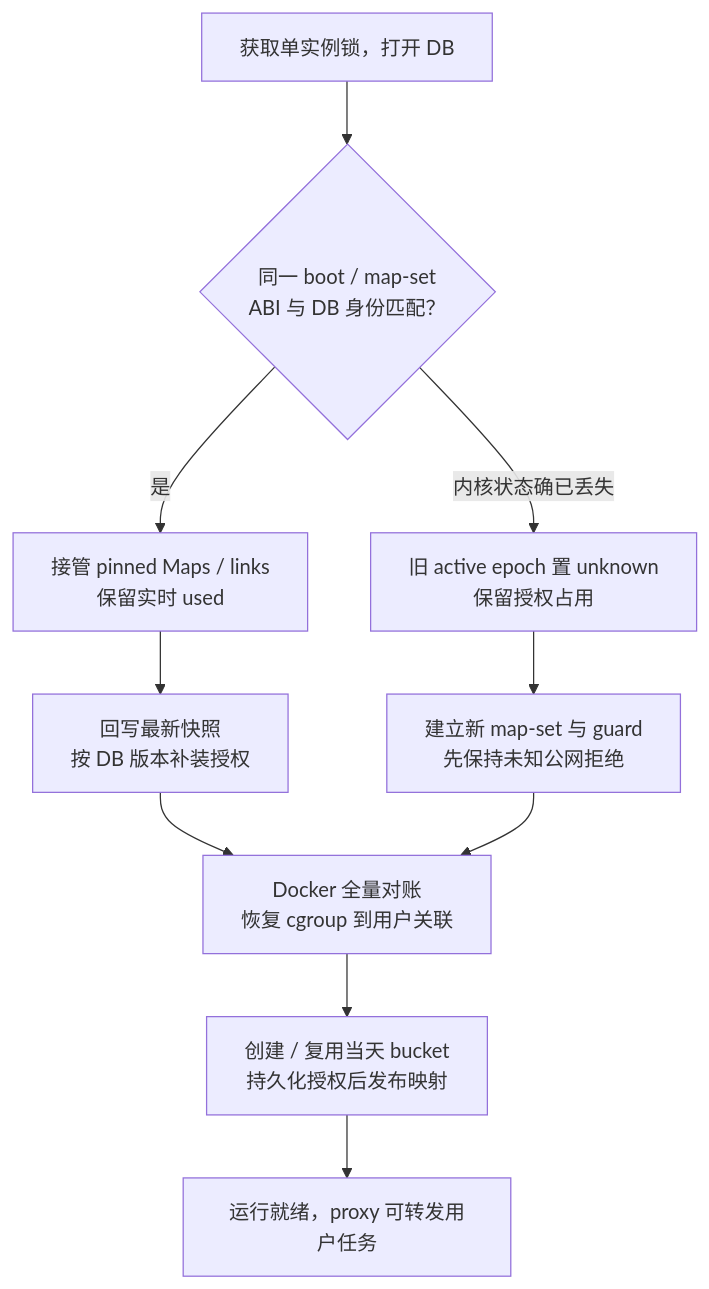
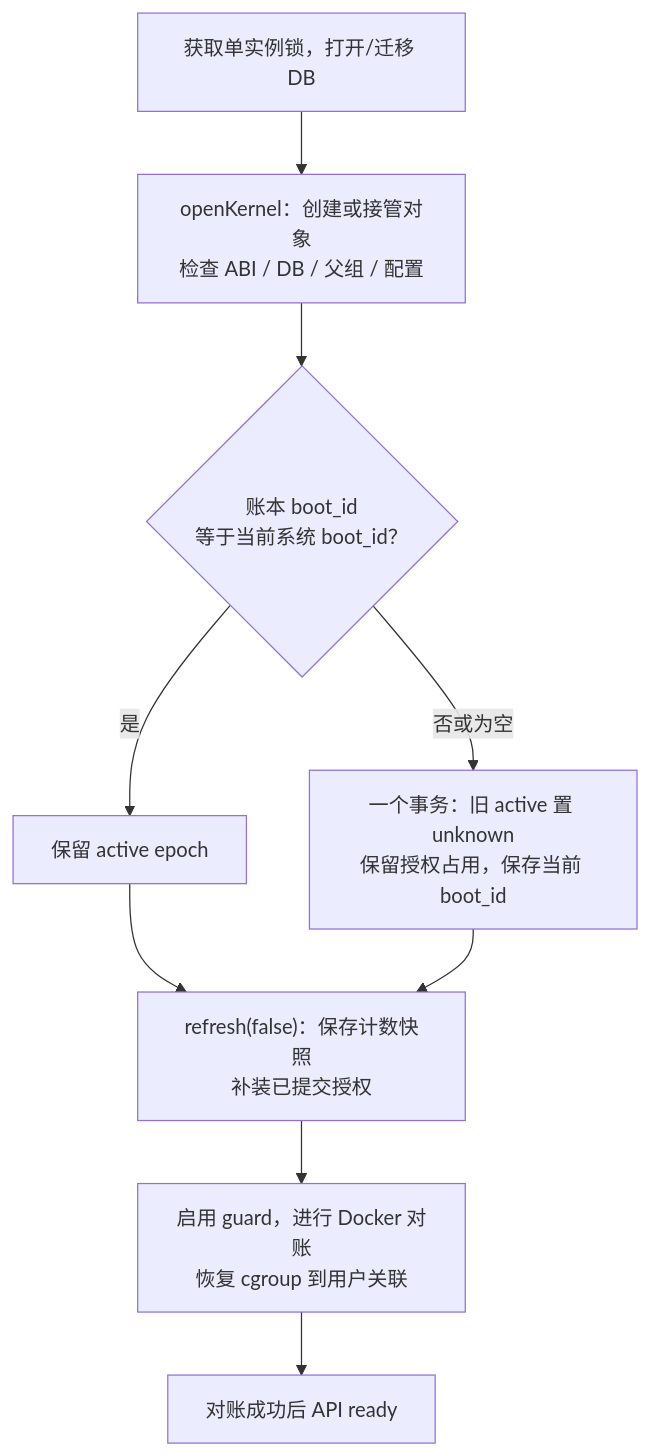
The fourth of 4 diagrams in docs/laxcode-manager-network-quota-design.md (mikellxy/laxcode), drawn with Mermaid before and after one commit. The commit also changed other lines of this file and 39 other files, not shown here.

````diff
--- a/docs/laxcode-manager-network-quota-design.md
+++ b/docs/laxcode-manager-network-quota-design.md
@@ -371,12 +380,11 @@
 ```mermaid
 flowchart TB
-    A["获取单实例锁，打开 DB"] --> B{"同一 boot / map-set<br/>ABI 与 DB 身份匹配？"}
-    B -->|"是"| C["接管 pinned Maps / links<br/>保留实时 used"]
-    C --> D["回写最新快照<br/>按 DB 版本补装授权"]
-    B -->|"内核状态确已丢失"| E["旧 active epoch 置 unknown<br/>保留授权占用"]
-    E --> F["建立新 map-set 与 guard<br/>先保持未知公网拒绝"]
-    D --> G["Docker 全量对账<br/>恢复 cgroup 到用户关联"]
-    F --> G
-    G --> H["创建 / 复用当天 bucket<br/>持久化授权后发布映射"]
-    H --> I["运行就绪，proxy 可转发用户任务"]
+    A["获取单实例锁，打开/迁移 DB"] --> B["openKernel：创建或接管对象<br/>检查 ABI / DB / 父组 / 配置"]
+    B --> C{"账本 boot_id<br/>等于当前系统 boot_id？"}
+    C -->|"是"| D["保留 active epoch"]
+    C -->|"否或为空"| E["一个事务：旧 active 置 unknown<br/>保留授权占用，保存当前 boot_id"]
+    D --> F["refresh(false)：保存计数快照<br/>补装已提交授权"]
+    E --> F
+    F --> G["启用 guard，进行 Docker 对账<br/>恢复 cgroup 到用户关联"]
+    G --> H["对账成功后 API ready"]
 ```
````
